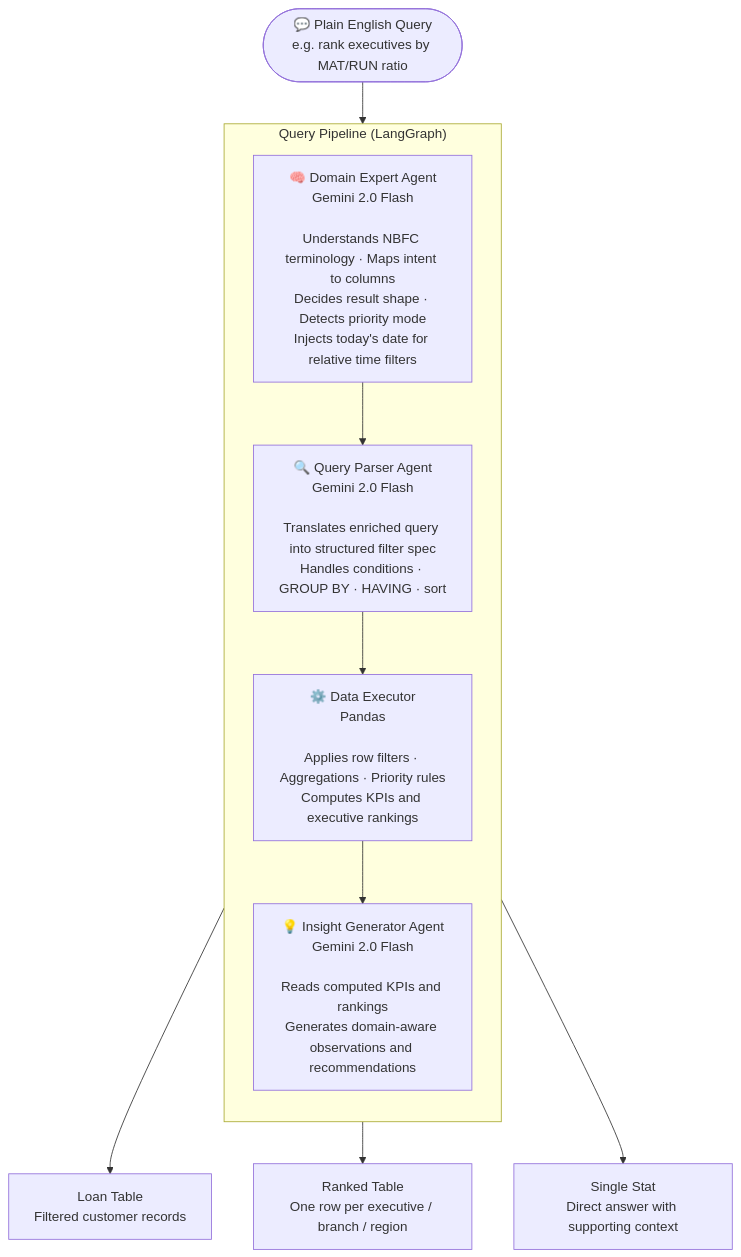
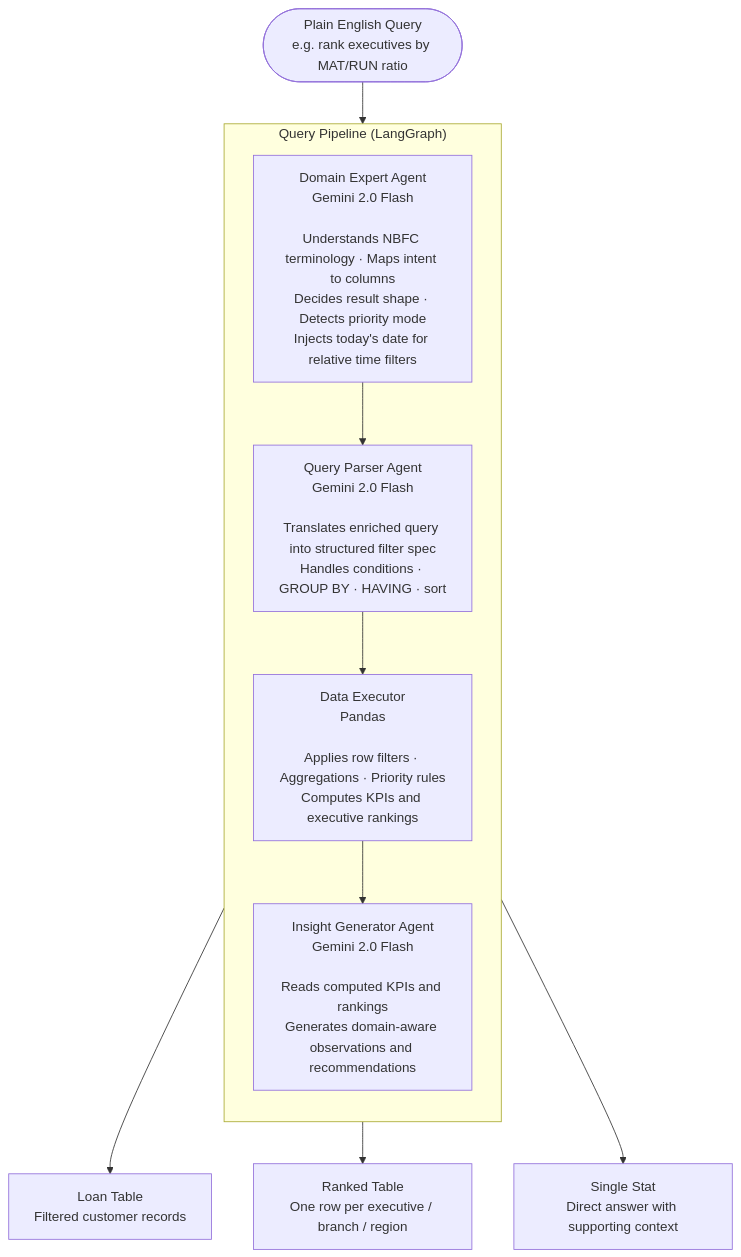
Before and after one commit to Sanjay-00/CollectionIQ: the first of 3 diagrams in README.md, drawn with Mermaid. The commit also changed other lines of this file and 7 other files, not shown here.

Commit message:
Add roll forward/backward analysis and fix AI query using filtered dataframe using Filter Panel

````diff
--- a/README.md
+++ b/README.md
@@ -101,19 +101,19 @@
 ```mermaid
 flowchart TD
-    User(["💬 Plain English Query\ne.g. rank executives by MAT/RUN ratio"])
+    User(["Plain English Query\ne.g. rank executives by MAT/RUN ratio"])
 
     User --> DE
 
     subgraph QP ["  Query Pipeline  (LangGraph)  "]
         direction TB
-        DE["🧠 Domain Expert Agent\nGemini 2.0 Flash\n\nUnderstands NBFC terminology · Maps intent to columns\nDecides result shape · Detects priority mode\nInjects today's date for relative time filters"]
-        PP["🔍 Query Parser Agent\nGemini 2.0 Flash\n\nTranslates enriched query into structured filter spec\nHandles conditions · GROUP BY · HAVING · sort"]
-        EX["⚙️ Data Executor\nPandas\n\nApplies row filters · Aggregations · Priority rules\nComputes KPIs and executive rankings"]
-        IG["💡 Insight Generator Agent\nGemini 2.0 Flash\n\nReads computed KPIs and rankings\nGenerates domain-aware observations and recommendations"]
+        DE["Domain Expert Agent\nGemini 2.0 Flash\n\nUnderstands NBFC terminology · Maps intent to columns\nDecides result shape · Detects priority mode\nInjects today's date for relative time filters"]
+        PP["Query Parser Agent\nGemini 2.0 Flash\n\nTranslates enriched query into structured filter spec\nHandles conditions · GROUP BY · HAVING · sort"]
+        EX["Data Executor\nPandas\n\nApplies row filters · Aggregations · Priority rules\nComputes KPIs and executive rankings"]
+        IG["Insight Generator Agent\nGemini 2.0 Flash\n\nReads computed KPIs and rankings\nGenerates domain-aware observations and recommendations"]
         DE --> PP --> EX --> IG
     end
 
     IG --> R1["Loan Table\nFiltered customer records"]
     IG --> R2["Ranked Table\nOne row per executive / branch / region"]
     IG --> R3["Single Stat\nDirect answer with supporting context"]
 ```
````
